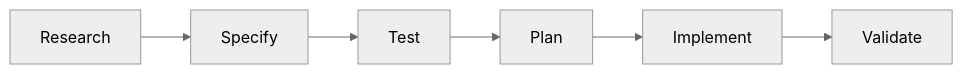
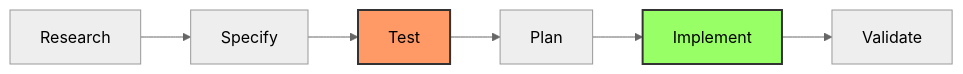
One commit to vneseyoungster/ChocoVine changed the diagram in README.md. Above: the diagram before and after it, drawn with Mermaid (neutral theme). The commit also changed other lines of this file, not shown here.

````diff
--- a/README.md
+++ b/README.md
@@ -107,8 +89,11 @@
 ```mermaid
 graph LR
     A[Research] --> B[Specify]
     B --> C[Test]
     C --> D[Plan]
     D --> E[Implement]
     E --> F[Validate]
+    
+    style C fill:#f96,stroke:#333,stroke-width:2px
+    style E fill:#9f6,stroke:#333,stroke-width:2px
 ```
````
